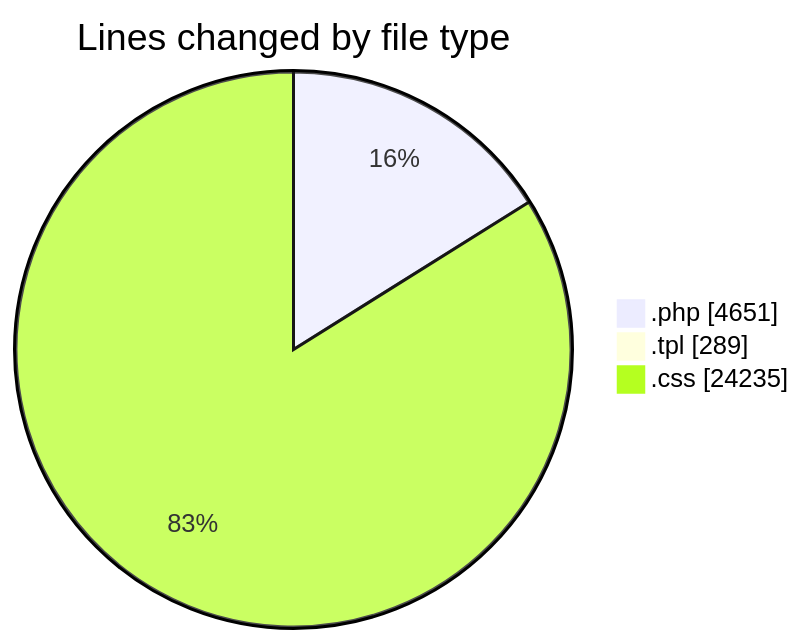
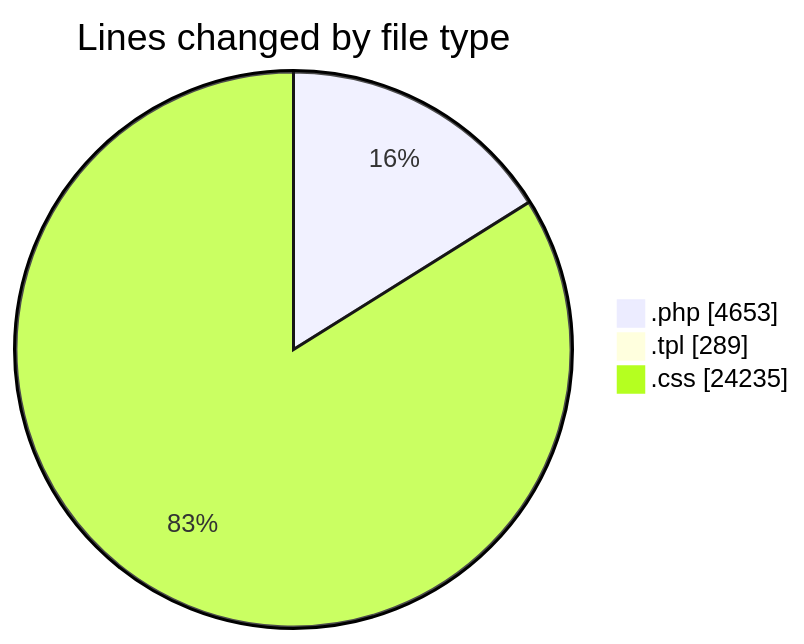
One commit to vahidmafi/code-tracking changed the first of 2 diagrams in 2025-04-18/zeytoon/README.md. Above: the diagram before and after it, drawn with Mermaid. The commit also changed other lines of this file and 1 other file, not shown here.

````diff
--- a/2025-04-18/zeytoon/README.md
+++ b/2025-04-18/zeytoon/README.md
@@ -29,7 +29,7 @@
 ```mermaid
 pie showData
 title Lines changed by file type
-".php" : 4651
+".php" : 4653
 ".tpl" : 289
 ".css" : 24235
 ```
````
